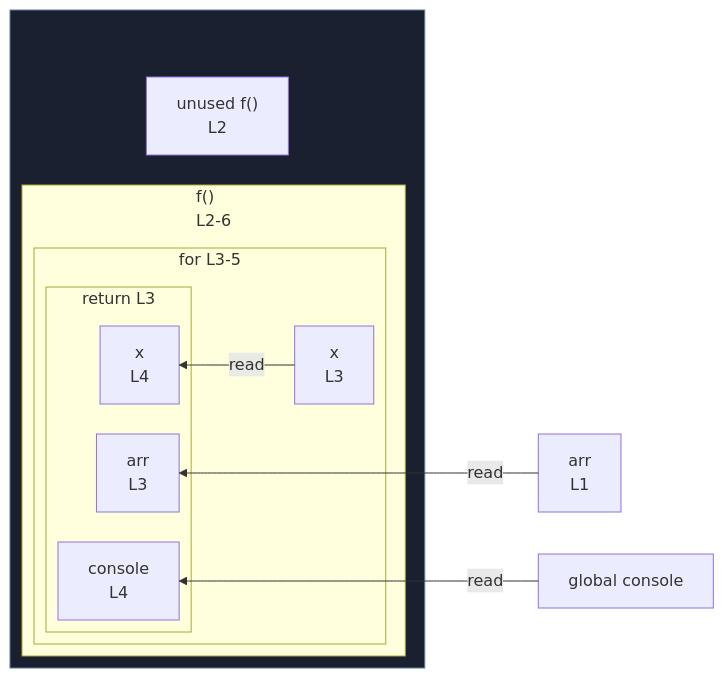
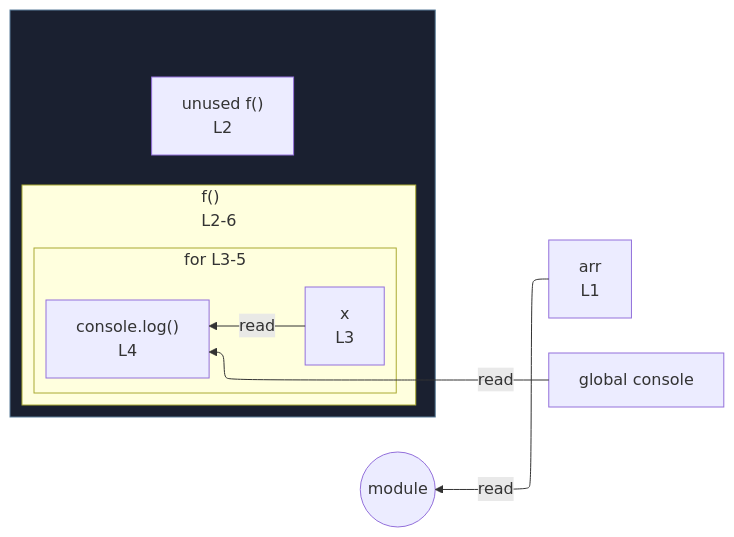
The diagram in integration/fixtures/return-subgraph-misclassification/preview.md (crescware/unsnarl), drawn with Mermaid before and after one commit. The commit also changed 15 other files, not shown here.

````diff
--- a/integration/fixtures/return-subgraph-misclassification/preview.md
+++ b/integration/fixtures/return-subgraph-misclassification/preview.md
@@ -16,28 +16,24 @@
 ```mermaid
 %%{init: {"flowchart": {"defaultRenderer": "elk"}}}%%
 flowchart RL
   n_scope_0_arr_6["arr<br/>L1"]
   n_scope_0_console_61["global console"]
   subgraph wrap_s_scope_1[" "]
     direction TB
     n_scope_0_f_26["unused f()<br/>L2"]
     subgraph s_scope_1["f()<br/>L2-6"]
       direction RL
       subgraph s_scope_2["for L3-5"]
         direction RL
         n_scope_2_x_45["x<br/>L3"]
-        subgraph s_return_scope_0_f_26_implicit["return L3"]
-          direction RL
-          ret_use_ref_0["arr<br/>L3"]
-          ret_use_ref_1["console<br/>L4"]
-          ret_use_ref_2["x<br/>L4"]
-        end
+        expr_stmt_61["console.log()<br/>L4"]
       end
     end
   end
-  n_scope_0_arr_6 -->|read| ret_use_ref_0
-  n_scope_0_console_61 -->|read| ret_use_ref_1
-  n_scope_2_x_45 -->|read| ret_use_ref_2
+  n_scope_0_arr_6 -->|read| module_root
+  n_scope_0_console_61 -->|read| expr_stmt_61
+  n_scope_2_x_45 -->|read| expr_stmt_61
+  module_root((module))
   classDef fnWrap fill:#1a2030,stroke:#5a7d99;
   class wrap_s_scope_1 fnWrap;
 ```
````
